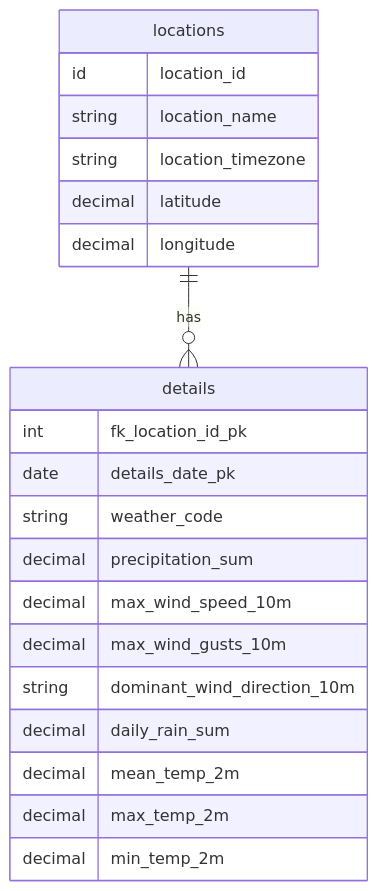
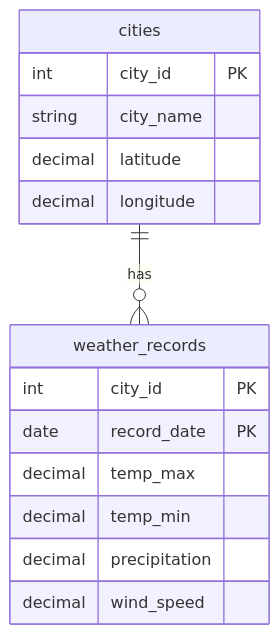
Before and after one commit to JesusFranC/JesusCerdaProjectSubmission: the diagram in Submissions/Project1/Documentation/erd.md, drawn with Mermaid. The commit also changed other lines of this file and 5 other files, not shown here.

````diff
--- a/Submissions/Project1/Documentation/erd.md
+++ b/Submissions/Project1/Documentation/erd.md
@@ -4,27 +4,23 @@
 ```mermaid
 ---
 Weather locations and details ERD
 ---
 erDiagram
-    locations{
-        id location_id
-        string location_name
-        string location_timezone
+    cities {
+        int city_id PK
+        string city_name
         decimal latitude
         decimal longitude
     }
-    details{
-        int fk_location_id_pk
-        date details_date_pk
-        string weather_code
-        decimal precipitation_sum
-        decimal max_wind_speed_10m
-        decimal max_wind_gusts_10m
-        string dominant_wind_direction_10m
-        decimal daily_rain_sum
-        decimal mean_temp_2m
-        decimal max_temp_2m
-        decimal min_temp_2m
-    } 
-    locations ||--o{ details: has
+
+    weather_records {
+        int city_id PK
+        date record_date PK
+        decimal temp_max
+        decimal temp_min
+        decimal precipitation
+        decimal wind_speed
+    }
+
+    cities ||--o{ weather_records : has
 ```
````
